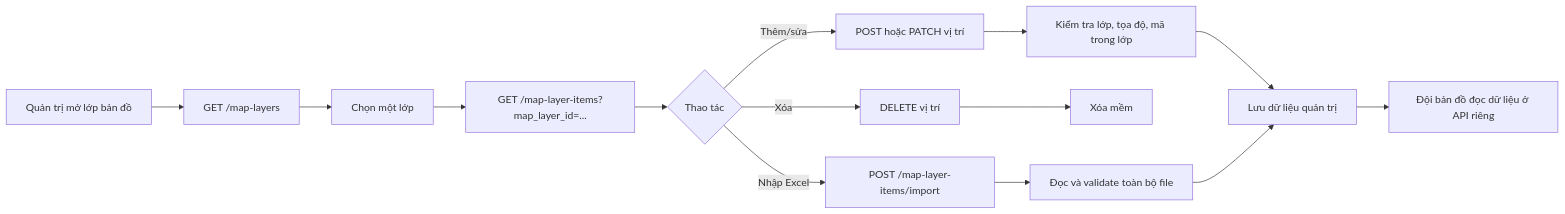
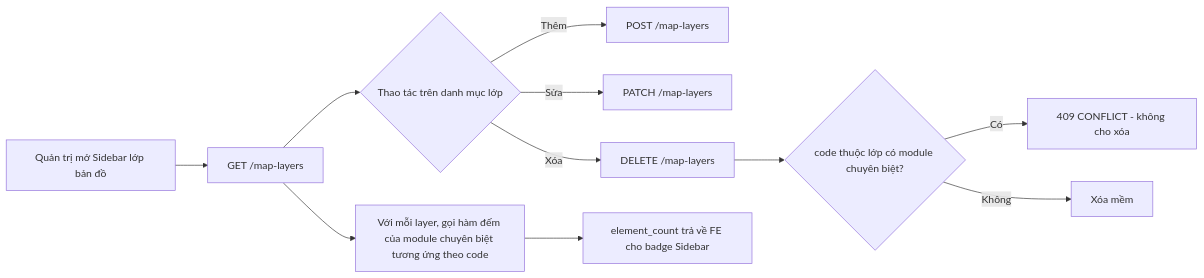
One commit to BigWave9702/api-hien-truong changed the diagram in map_layers_technical_design.md. Above: the diagram before and after it, drawn with Mermaid. The commit also changed other lines of this file, not shown here.

Commit message:
update map layer technical

````diff
--- a/map_layers_technical_design.md
+++ b/map_layers_technical_design.md
@@ -77,16 +79,13 @@
 ```mermaid
 flowchart LR
-    A[Quản trị mở lớp bản đồ] --> B[GET /map-layers]
-    B --> C[Chọn một lớp]
-    C --> D[GET /map-layer-items?map_layer_id=...]
-    D --> E{Thao tác}
-    E -->|Thêm/sửa| F[POST hoặc PATCH vị trí]
-    E -->|Xóa| G[DELETE vị trí]
-    E -->|Nhập Excel| H[POST /map-layer-items/import]
-    F --> I[Kiểm tra lớp, tọa độ, mã trong lớp]
-    G --> J[Xóa mềm]
-    H --> K[Đọc và validate toàn bộ file]
-    I --> L[Lưu dữ liệu quản trị]
-    K --> L
-    L --> M[Đội bản đồ đọc dữ liệu ở API riêng]
+    A[Quản trị mở Sidebar lớp bản đồ] --> B[GET /map-layers]
+    B --> C{Thao tác trên danh mục lớp}
+    C -->|Thêm| D[POST /map-layers]
+    C -->|Sửa| E[PATCH /map-layers]
+    C -->|Xóa| F[DELETE /map-layers]
+    F --> G{code thuộc lớp có module chuyên biệt?}
+    G -->|Có| H[409 CONFLICT - không cho xóa]
+    G -->|Không| I[Xóa mềm]
+    B --> J[Với mỗi layer, gọi hàm đếm của module chuyên biệt tương ứng theo code]
+    J --> K[element_count trả về FE cho badge Sidebar]
 ```
````
